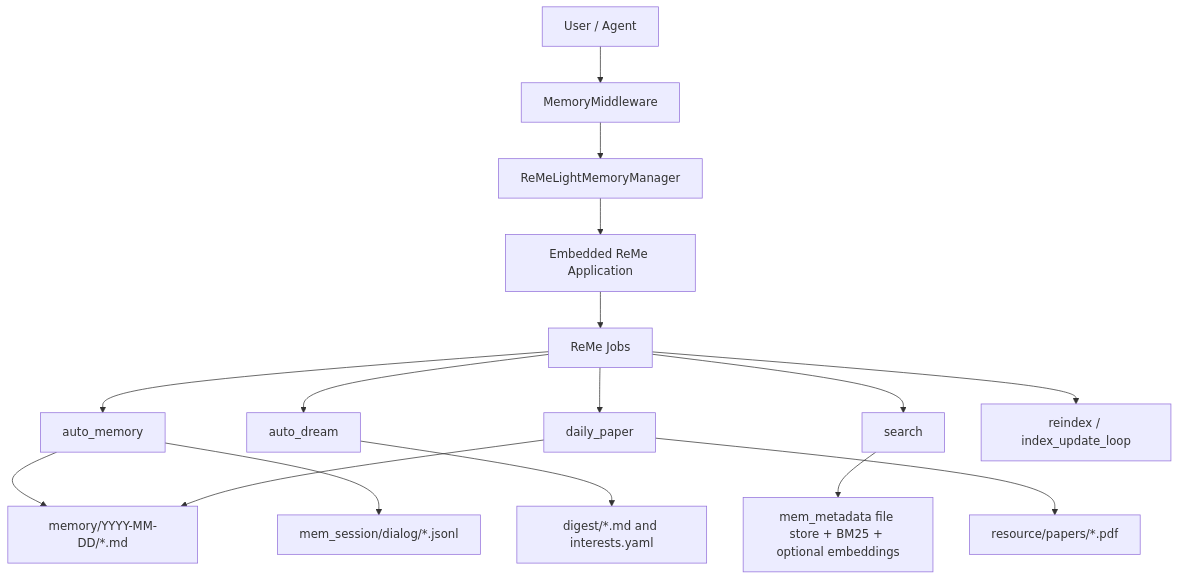
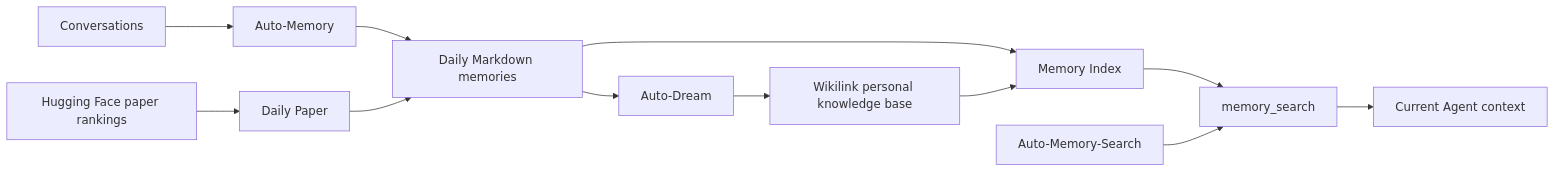
The first of 5 diagrams in website/public/docs/memory.en.md (agentscope-ai/QwenPaw), drawn with Mermaid before and after one commit. The commit also changed other lines of this file and 11 other files, not shown here.

````diff
--- a/website/public/docs/memory.en.md
+++ b/website/public/docs/memory.en.md
@@ -24,18 +7,14 @@
 ```mermaid
-graph TB
-    User[User / Agent] --> Middleware[MemoryMiddleware]
-    Middleware --> Manager[ReMeLightMemoryManager]
-    Manager --> ReMe[Embedded ReMe Application]
-    ReMe --> Jobs[ReMe Jobs]
-    Jobs --> AutoMemory[auto_memory]
-    Jobs --> AutoDream[auto_dream]
-    Jobs --> Search[search]
-    Jobs --> DailyPaper[daily_paper]
-    Jobs --> Reindex[reindex / index_update_loop]
-    AutoMemory --> Daily[memory/YYYY-MM-DD/*.md]
-    AutoMemory --> Session[mem_session/dialog/*.jsonl]
-    AutoDream --> Digest[digest/*.md and interests.yaml]
-    DailyPaper --> ResourceDir[resource/papers/*.pdf]
-    DailyPaper --> Daily
-    Search --> Store[mem_metadata file store + BM25 + optional embeddings]
+flowchart LR
+    A[Conversations] --> B[Auto-Memory]
+    P[Hugging Face paper rankings] --> DP[Daily Paper]
+    B --> C[Daily Markdown memories]
+    DP --> C
+    C --> D[Memory Index]
+    C --> E[Auto-Dream]
+    E --> F[Wikilink personal knowledge base]
+    F --> D
+    D --> G[memory_search]
+    G --> H[Current Agent context]
+    I[Auto-Memory-Search] --> G
 ```
````
